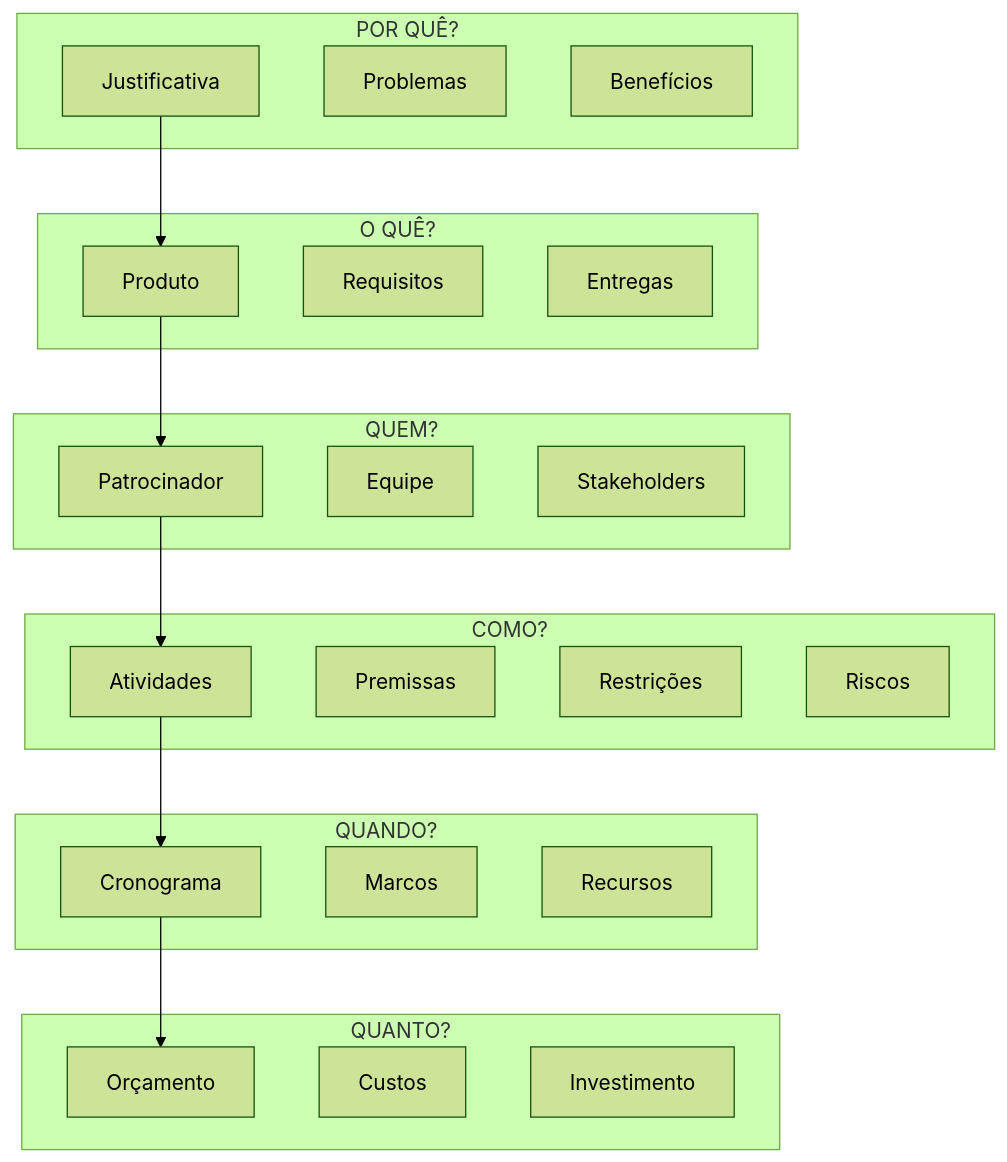
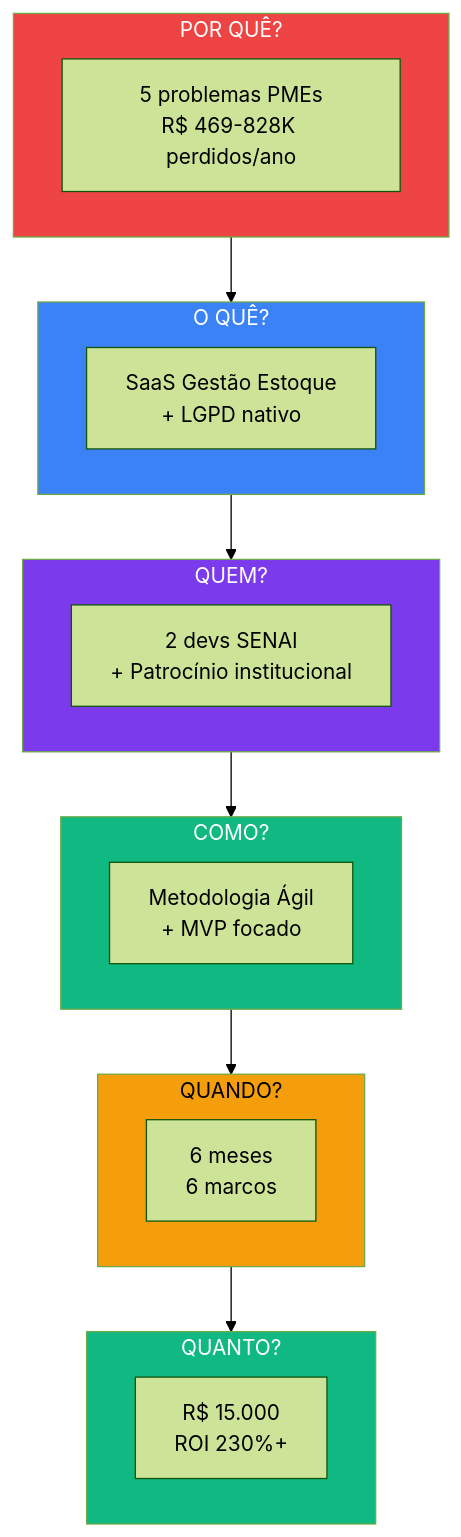
One commit to matheusmendes720/workconnect-tcc changed the first of 11 diagrams in documentation/docs/estrategia/project-model-canvas.mdx. Above: the diagram before and after it, drawn with Mermaid (forest theme). The commit also changed other lines of this file and 16 other files, not shown here.

````diff
--- a/documentation/docs/estrategia/project-model-canvas.mdx
+++ b/documentation/docs/estrategia/project-model-canvas.mdx
@@ -25,45 +19,35 @@
 ```mermaid
 flowchart TB
-    subgraph PORQUE["POR QUÊ?"]
-        J1[Justificativa]
-        J2[Problemas]
-        J3[Benefícios]
+    subgraph WHY["POR QUÊ?"]
+        P[5 problemas PMEs<br/>R$ 469-828K perdidos/ano]
     end
-    
-    subgraph OQUE["O QUÊ?"]
-        O1[Produto]
-        O2[Requisitos]
-        O3[Entregas]
+
+    subgraph WHAT["O QUÊ?"]
+        S[SaaS Gestão Estoque<br/>+ LGPD nativo]
     end
-    
-    subgraph QUEM["QUEM?"]
-        Q1[Patrocinador]
-        Q2[Equipe]
-        Q3[Stakeholders]
+
+    subgraph WHO["QUEM?"]
+        T[2 devs SENAI<br/>+ Patrocínio institucional]
     end
-    
-    subgraph COMO["COMO?"]
-        C1[Atividades]
-        C2[Premissas]
-        C3[Restrições]
-        C4[Riscos]
+
+    subgraph HOW["COMO?"]
+        M[Metodologia Ágil<br/>+ MVP focado]
     end
-    
-    subgraph QUANDO["QUANDO?"]
-        T1[Cronograma]
-        T2[Marcos]
-        T3[Recursos]
+
+    subgraph WHEN["QUANDO?"]
+        C[6 meses<br/>6 marcos]
     end
-    
-    subgraph QUANTO["QUANTO?"]
-        M1[Orçamento]
-        M2[Custos]
-        M3[Investimento]
+
+    subgraph MUCH["QUANTO?"]
+        B["R$ 15.000<br/>ROI 230%+"]
     end
-    
-    J1 --> O1
-    O1 --> Q1
-    Q1 --> C1
-    C1 --> T1
-    T1 --> M1
+
+    WHY --> WHAT --> WHO --> HOW --> WHEN --> MUCH
+
+    style WHY fill:#ef4444,color:#fff
+    style WHAT fill:#3b82f6,color:#fff
+    style WHO fill:#7c3aed,color:#fff
+    style HOW fill:#10b981,color:#fff
+    style WHEN fill:#f59e0b,color:#000
+    style MUCH fill:#10b981,color:#fff
 ```
````
